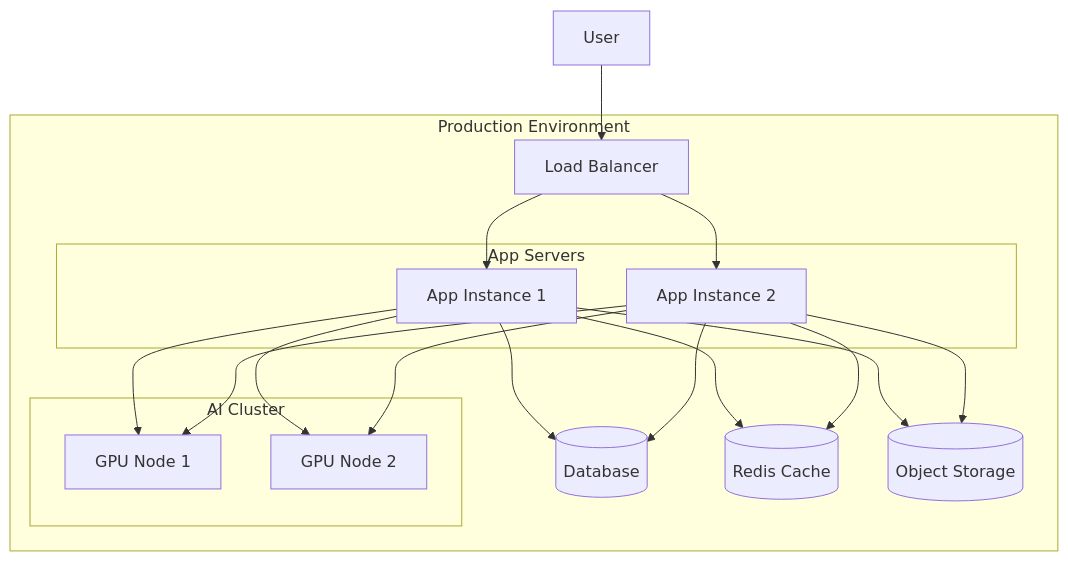
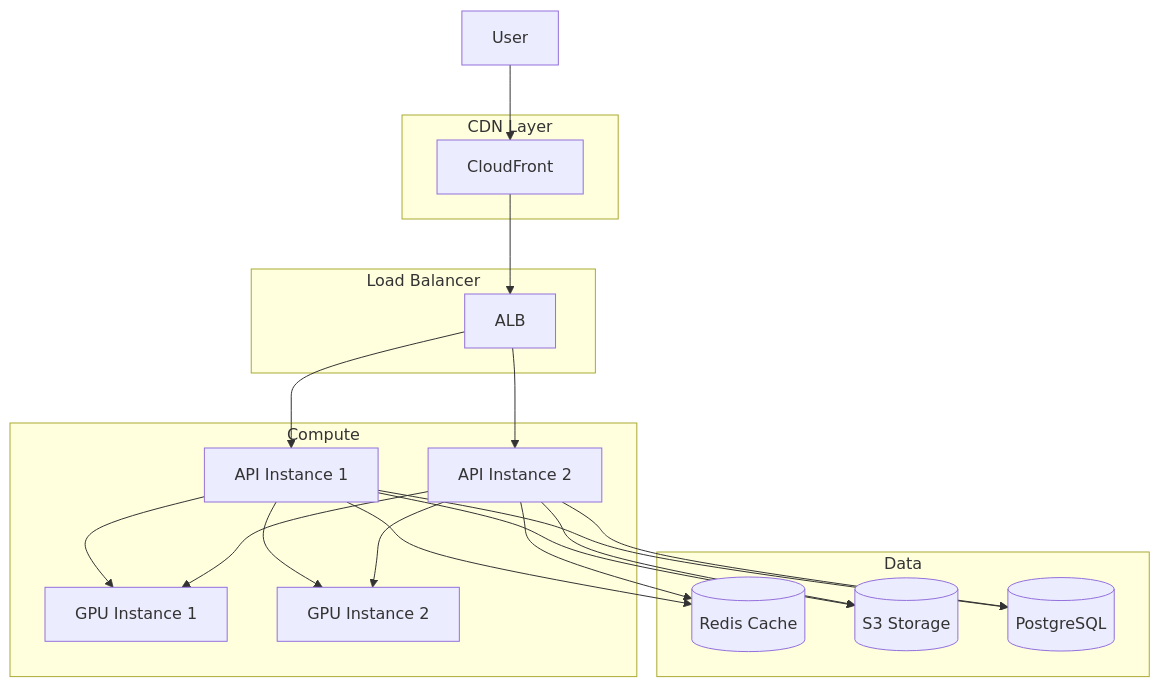
Before and after one commit to karun99/Collabuild: diagram 11 of 12 in pipeline_report.md, drawn with Mermaid. The commit also changed other lines of this file and 17 other files, not shown here.

````diff
--- a/pipeline_report.md
+++ b/pipeline_report.md
@@ -319,22 +666,24 @@
 ```mermaid
 graph TB
-    subgraph "Production Environment"
-        LB[Load Balancer]
-        subgraph "App Servers"
-            A1[App Instance 1]
-            A2[App Instance 2]
-        end
-        subgraph "AI Cluster"
-            GPU1[GPU Node 1]
-            GPU2[GPU Node 2]
-        end
-        DB[(Database)]
-        Cache[(Redis Cache)]
-        Storage[(Object Storage)]
+    subgraph "CDN Layer"
+        CF[CloudFront]
     end
-    User --> LB
-    LB --> A1 & A2
-    A1 & A2 --> DB & Cache
-    A1 & A2 --> GPU1 & GPU2
-    A1 & A2 --> Storage
+    subgraph "Load Balancer"
+        ALB[ALB]
+    end
+    subgraph "Compute"
+        API1[API Instance 1]
+        API2[API Instance 2]
+        GPU1[GPU Instance 1]
+        GPU2[GPU Instance 2]
+    end
+    subgraph "Data"
+        REDIS[(Redis Cache)]
+        S3[(S3 Storage)]
+        DB[(PostgreSQL)]
+    end
+    User --> CF --> ALB
+    ALB --> API1 & API2
+    API1 & API2 --> GPU1 & GPU2
+    API1 & API2 --> REDIS & S3 & DB
 ```
````
